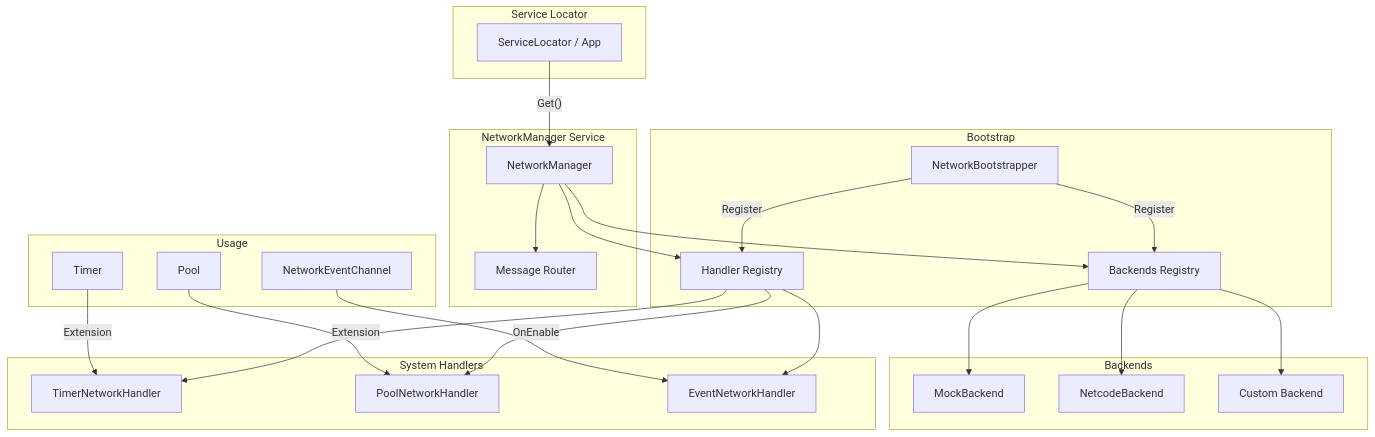
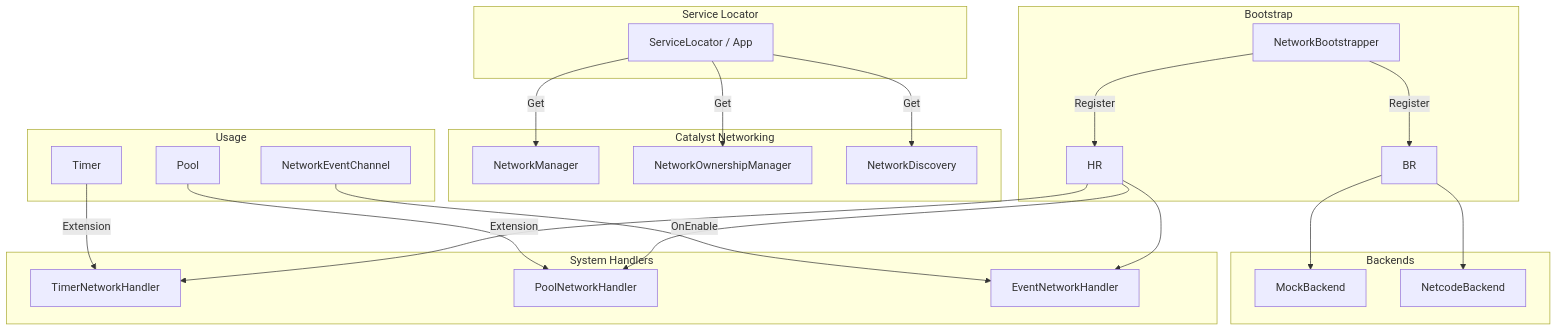
Before and after one commit to eraflo/Catalyst: the first of 5 diagrams in Documentation~/Modules/Networking.md, drawn with Mermaid. The commit also changed other lines of this file and 38 other files, not shown here.

````diff
--- a/Documentation~/Modules/Networking.md
+++ b/Documentation~/Modules/Networking.md
@@ -7,38 +7,38 @@
 ```mermaid
 graph TB
     subgraph "Service Locator"
         SL["ServiceLocator / App"]
     end
 
     subgraph "Bootstrap"
         NB[NetworkBootstrapper]
         NB --> |Register| BR
         NB --> |Register| HR
     end
 
-    subgraph "NetworkManager Service"
+    subgraph "Catalyst Networking"
         NM[NetworkManager]
-        NM --> BR[Backends Registry]
-        NM --> MR[Message Router]
-        NM --> HR[Handler Registry]
+        OM[NetworkOwnershipManager]
+        ND[NetworkDiscovery]
     end
 
     subgraph "Backends"
         BR --> MB[MockBackend]
         BR --> NCB[NetcodeBackend]
-        BR --> CB[Custom Backend]
     end
 
     subgraph "System Handlers"
         HR --> TH[TimerNetworkHandler]
         HR --> PH[PoolNetworkHandler]
         HR --> EH[EventNetworkHandler]
     end
 
     subgraph "Usage"
-        SL -- "Get<NetworkManager>()" --> NM
+        SL -- "Get" --> NM
+        SL -- "Get" --> OM
+        SL -- "Get" --> ND
         T[Timer] --> |Extension| TH
         P[Pool] --> |Extension| PH
         E[NetworkEventChannel] --> |OnEnable| EH
     end
 ```
````
